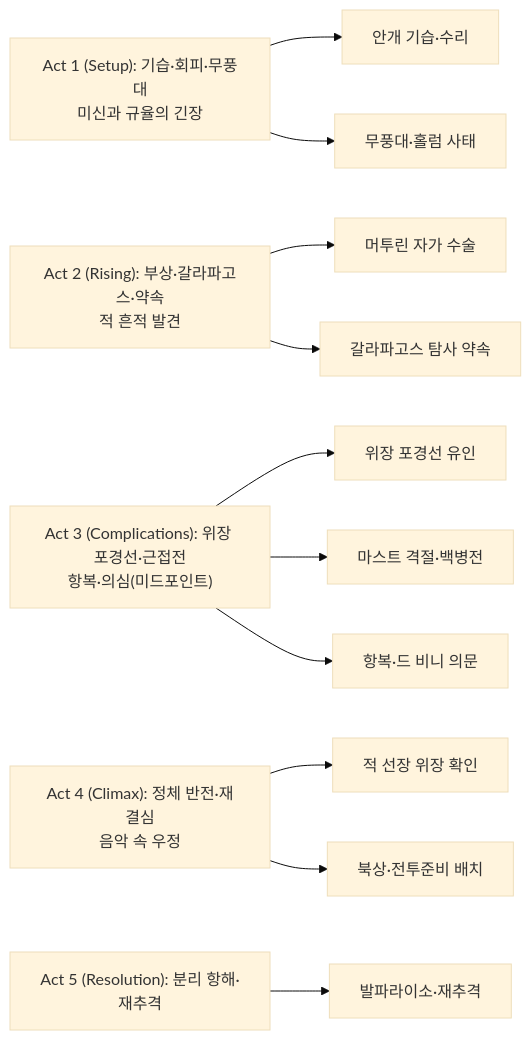
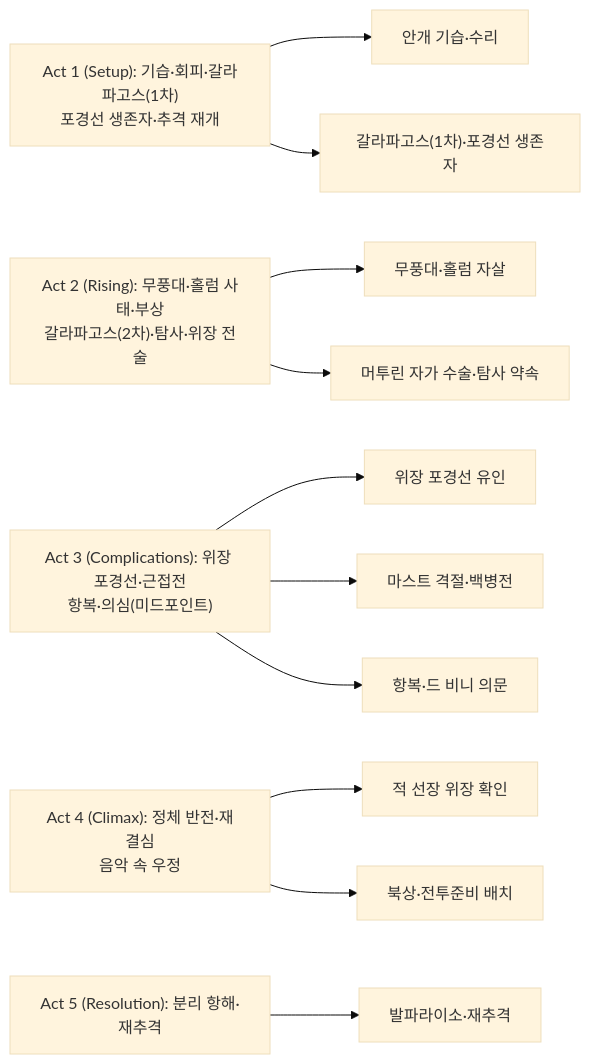
One commit to 42jerrykim/42jerrykim.github.io changed the diagram in content/collection/Movies/2025/2025-09-11-master-and-commander-the-far-side-of-the-world-2003-review/index.md. Above: the diagram before and after it, drawn with Mermaid (base theme). The commit also changed other lines of this file, not shown here.

````diff
--- a/content/collection/Movies/2025/2025-09-11-master-and-commander-the-far-side-of-the-world-2003-review/index.md
+++ b/content/collection/Movies/2025/2025-09-11-master-and-commander-the-far-side-of-the-world-2003-review/index.md
@@ -202,18 +229,18 @@
 ```mermaid
 flowchart LR
-    A["Act 1 (Setup): 기습·회피·무풍대<br/>미신과 규율의 긴장"]
-    B["Act 2 (Rising): 부상·갈라파고스·약속<br/>적 흔적 발견"]
+    A["Act 1 (Setup): 기습·회피·갈라파고스(1차)<br/>포경선 생존자·추격 재개"]
+    B["Act 2 (Rising): 무풍대·홀럼 사태·부상<br/>갈라파고스(2차)·탐사·위장 전술"]
     C["Act 3 (Complications): 위장 포경선·근접전<br/>항복·의심(미드포인트)"]
     D["Act 4 (Climax): 정체 반전·재결심<br/>음악 속 우정"]
     E["Act 5 (Resolution): 분리 항해·재추격"]
     A --> A1["안개 기습·수리"]
-    A --> A2["무풍대·홀럼 사태"]
-    B --> B1["머투린 자가 수술"]
-    B --> B2["갈라파고스 탐사 약속"]
+    A --> A2["갈라파고스(1차)·포경선 생존자"]
+    B --> B1["무풍대·홀럼 자살"]
+    B --> B2["머투린 자가 수술·탐사 약속"]
     C --> C1["위장 포경선 유인"]
     C --> C2["마스트 격절·백병전"]
     C --> C3["항복·드 비니 의문"]
     D --> D1["적 선장 위장 확인"]
     D --> D2["북상·전투준비 배치"]
     E --> E1["발파라이소·재추격"]
 ```
````
